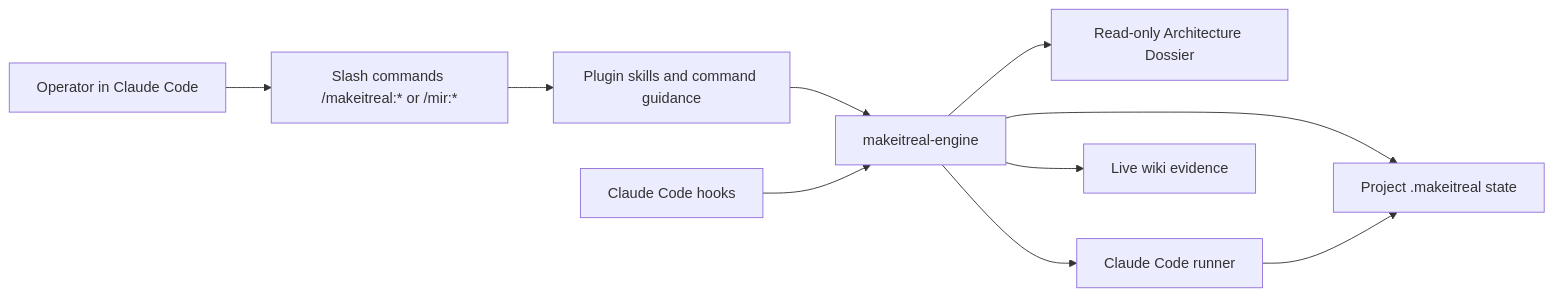
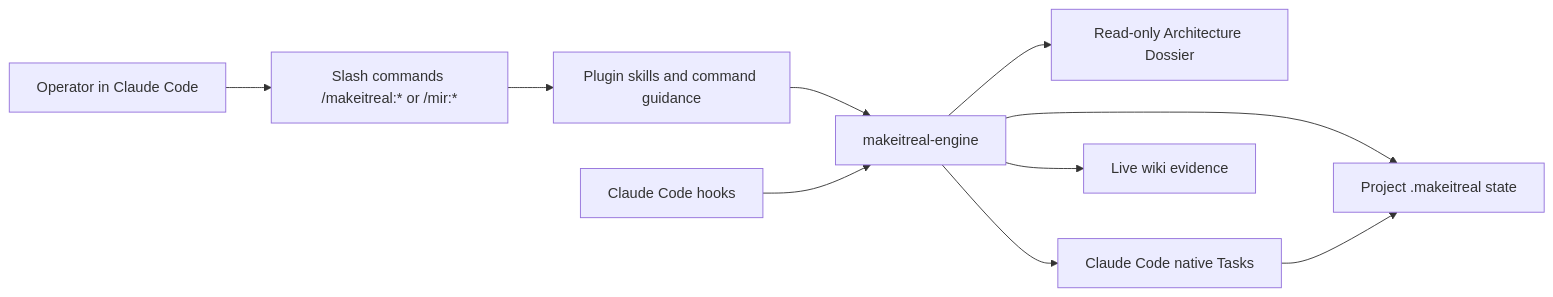
The first of 2 diagrams in docs/architecture.md (mir-makeitreal/makeitreal), drawn with Mermaid before and after one commit. The commit also changed other lines of this file and 2 other files, not shown here.

First line of the commit message:
Document native DAG evidence contracts

````diff
--- a/docs/architecture.md
+++ b/docs/architecture.md
@@ -15,22 +15,22 @@
 ```mermaid
 flowchart LR
   User[Operator in Claude Code]
   Slash[Slash commands /makeitreal:* or /mir:*]
   Skills[Plugin skills and command guidance]
   Hooks[Claude Code hooks]
   Engine[makeitreal-engine]
   State[Project .makeitreal state]
   Dossier[Read-only Architecture Dossier]
-  Runner[Claude Code runner]
+  NativeTasks[Claude Code native Tasks]
   Wiki[Live wiki evidence]
 
   User --> Slash
   Slash --> Skills
   Skills --> Engine
   Hooks --> Engine
   Engine --> State
   Engine --> Dossier
-  Engine --> Runner
-  Runner --> State
+  Engine --> NativeTasks
+  NativeTasks --> State
   Engine --> Wiki
 ```
````
